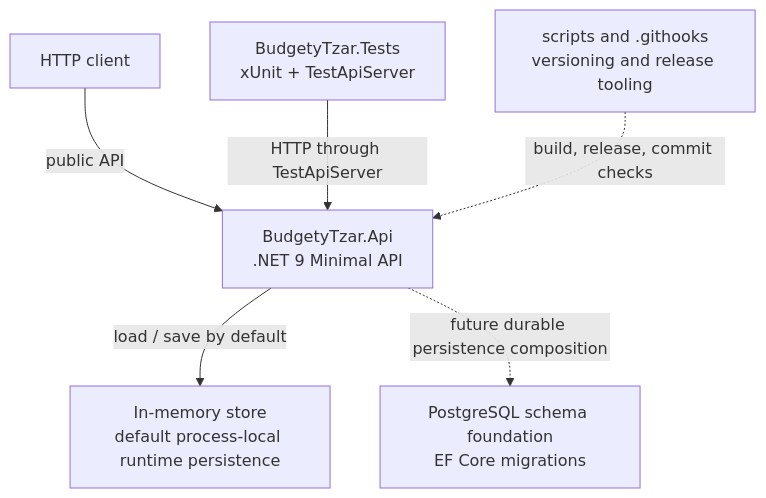
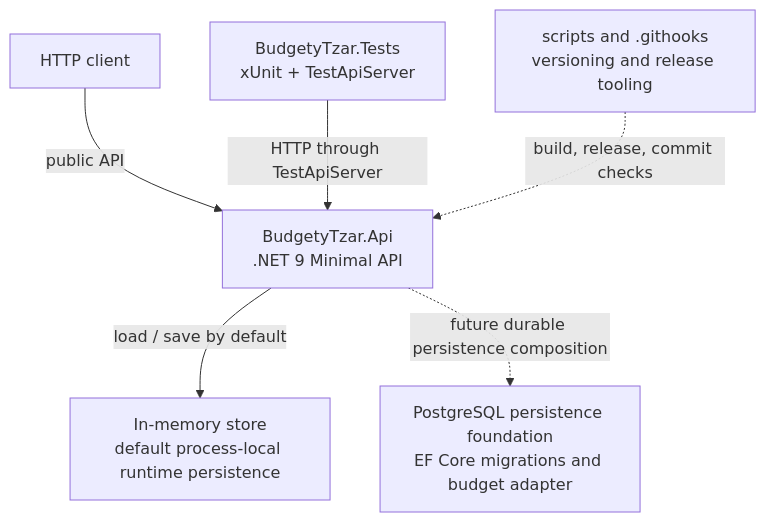
One commit to kierondye/BudgetyTzar changed the second of 5 diagrams in docs/architecture.md. Above: the diagram before and after it, drawn with Mermaid. The commit also changed other lines of this file and 10 other files, not shown here.

Commit message:
feat: add PostgreSQL budget repository

````diff
--- a/docs/architecture.md
+++ b/docs/architecture.md
@@ -36,15 +37,15 @@
 ```mermaid
 flowchart TB
     client["HTTP client"]
     api["BudgetyTzar.Api<br/>.NET 9 Minimal API"]
     memory["In-memory store<br/>default process-local runtime persistence"]
-    postgres["PostgreSQL schema foundation<br/>EF Core migrations"]
+    postgres["PostgreSQL persistence foundation<br/>EF Core migrations and budget adapter"]
     tests["BudgetyTzar.Tests<br/>xUnit + TestApiServer"]
     scripts["scripts and .githooks<br/>versioning and release tooling"]
 
     client -->|"public API"| api
     api -->|"load / save by default"| memory
     api -.->|"future durable persistence composition"| postgres
     tests -->|"HTTP through TestApiServer"| api
     scripts -.->|"build, release, commit checks"| api
 ```
````
